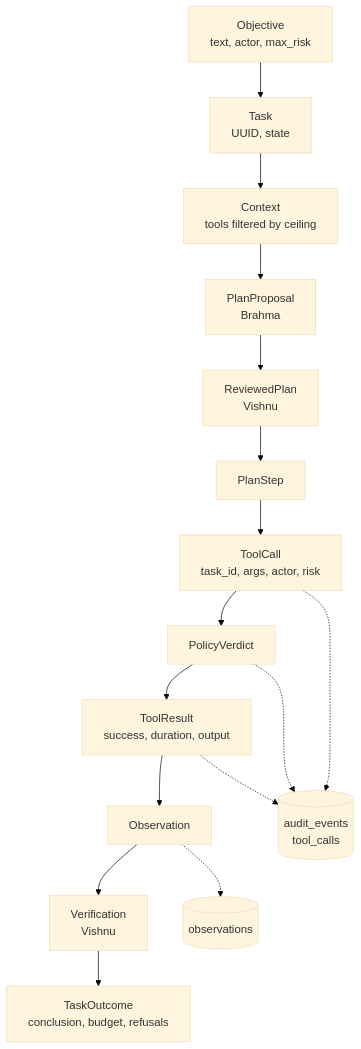
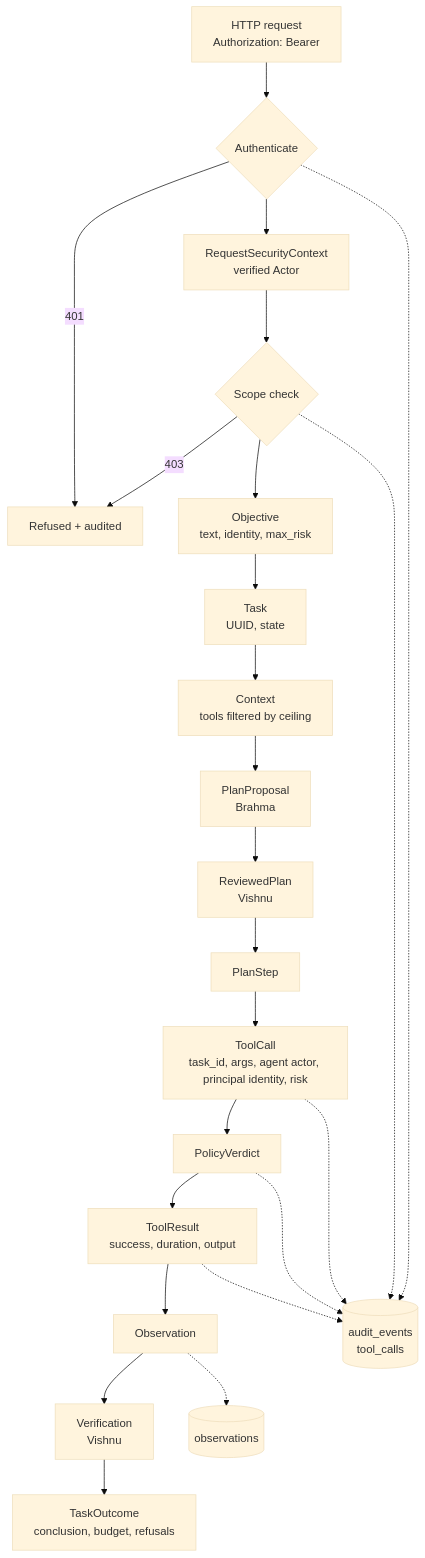
One commit to getkcoin-alt/-scrappy-os changed the fourth of 4 diagrams in docs/ARCHITECTURE.md. Above: the diagram before and after it, drawn with Mermaid (base theme). The commit also changed other lines of this file and 6 other files, not shown here.

````diff
--- a/docs/ARCHITECTURE.md
+++ b/docs/ARCHITECTURE.md
@@ -318,19 +326,27 @@
 ```mermaid
 flowchart TD
-    OBJ[Objective<br/>text, actor, max_risk] --> TASK[Task<br/>UUID, state]
+    REQ[HTTP request<br/>Authorization: Bearer] --> AUTHN{Authenticate}
+    AUTHN -->|401| REJ[Refused + audited]
+    AUTHN --> SEC[RequestSecurityContext<br/>verified Actor]
+    SEC --> AUTHZ{Scope check}
+    AUTHZ -->|403| REJ
+    AUTHZ --> OBJ
+    OBJ[Objective<br/>text, identity, max_risk] --> TASK[Task<br/>UUID, state]
     TASK --> CTX[Context<br/>tools filtered by ceiling]
     CTX --> PROP[PlanProposal<br/>Brahma]
     PROP --> REV[ReviewedPlan<br/>Vishnu]
     REV --> STEP[PlanStep]
-    STEP --> CALL[ToolCall<br/>task_id, args, actor, risk]
+    STEP --> CALL[ToolCall<br/>task_id, args, agent actor, principal identity, risk]
     CALL --> VERDICT[PolicyVerdict]
     VERDICT --> RES[ToolResult<br/>success, duration, output]
     RES --> OBS[Observation]
     OBS --> VER[Verification<br/>Vishnu]
     VER --> OUT[TaskOutcome<br/>conclusion, budget, refusals]
 
+    AUTHN -.-> AUD
+    AUTHZ -.-> AUD
     CALL -.-> AUD[(audit_events<br/>tool_calls)]
     VERDICT -.-> AUD
     RES -.-> AUD
     OBS -.-> EPI[(observations)]
 ```
````
